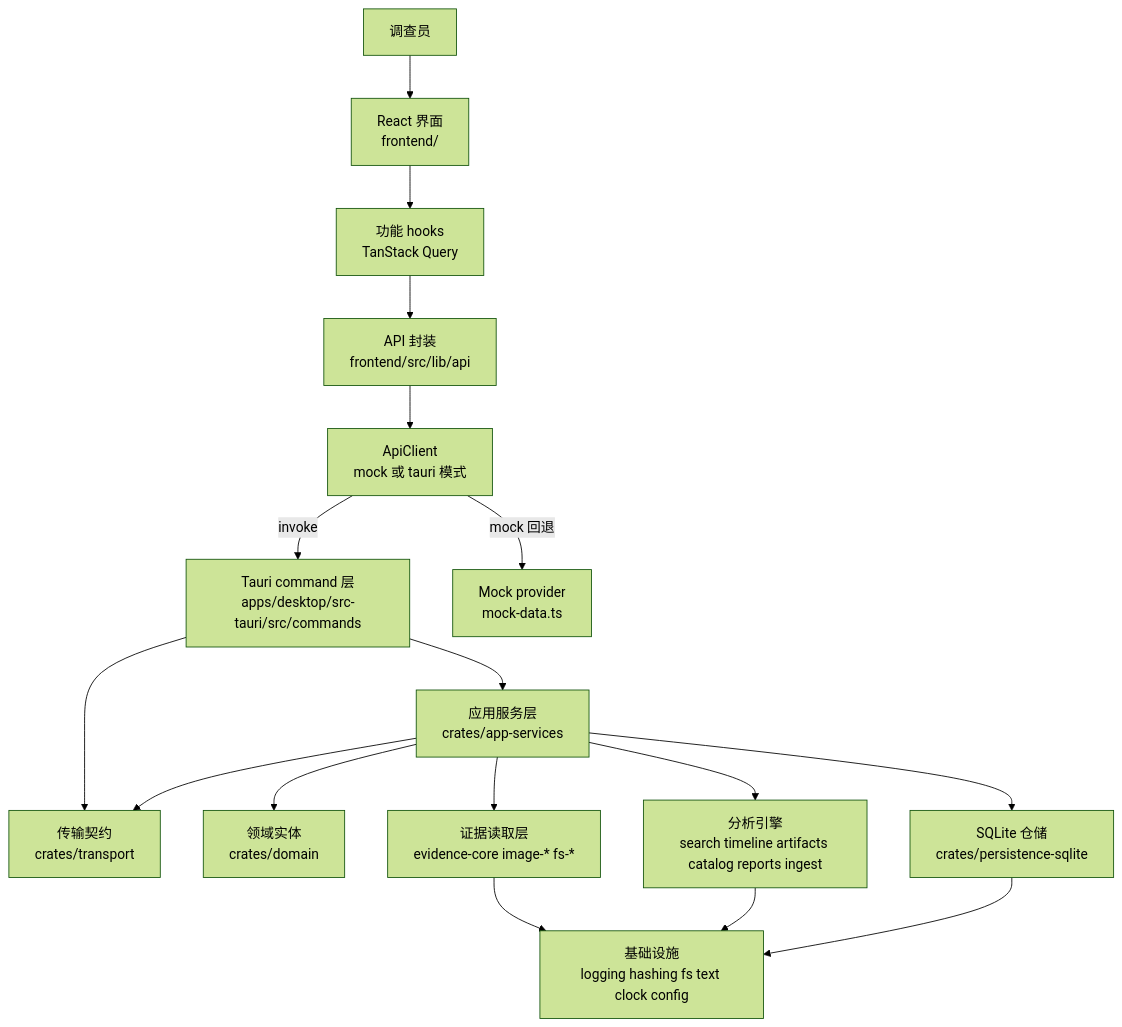
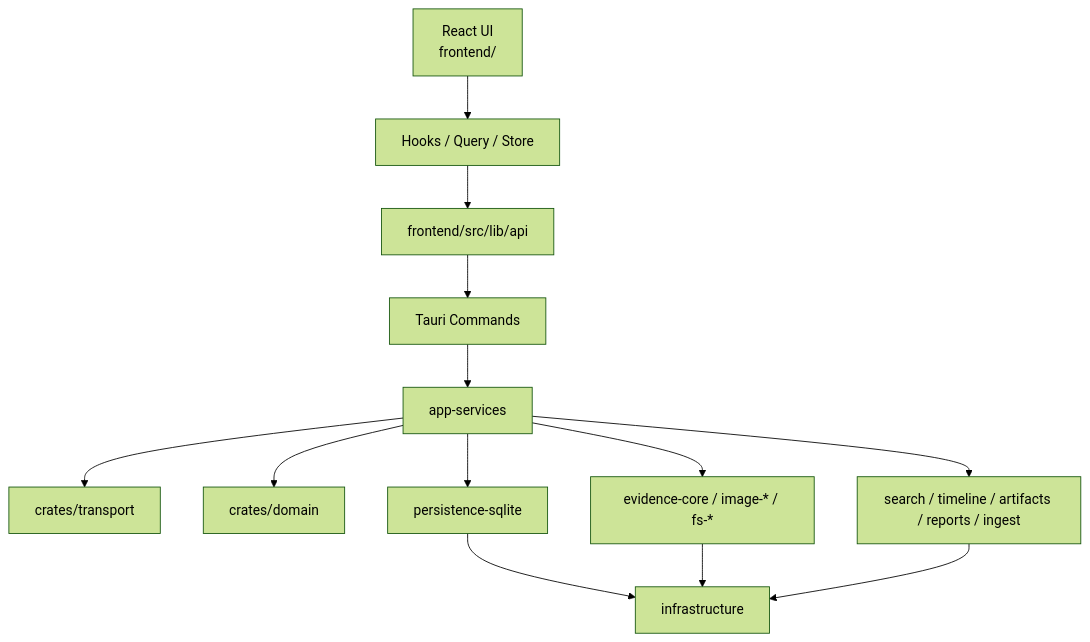
The first of 14 diagrams in docs/model-architecture-algorithm-diagrams.md (lQ-A-Ql/meow-detective), drawn with Mermaid (forest theme) before and after one commit. The commit also changed other lines of this file and 46 other files, not shown here.

````diff
--- a/docs/model-architecture-algorithm-diagrams.md
+++ b/docs/model-architecture-algorithm-diagrams.md
@@ -7,33 +7,25 @@
 ```mermaid
 flowchart TB
-  Investigator["调查员"]
-  UI["React 界面<br/>frontend/"]
-  Hooks["功能 hooks<br/>TanStack Query"]
-  Api["API 封装<br/>frontend/src/lib/api"]
-  Client["ApiClient<br/>mock 或 tauri 模式"]
-  Commands["Tauri command 层<br/>apps/desktop/src-tauri/src/commands"]
-  Services["应用服务层<br/>crates/app-services"]
-  Transport["传输契约<br/>crates/transport"]
-  Domain["领域实体<br/>crates/domain"]
-  Persistence["SQLite 仓储<br/>crates/persistence-sqlite"]
-  Evidence["证据读取层<br/>evidence-core image-* fs-*"]
-  Analysis["分析引擎<br/>search timeline artifacts catalog reports ingest"]
-  Infra["基础设施<br/>logging hashing fs text clock config"]
+  UI["React UI<br/>frontend/"]
+  Hooks["Hooks / Query / Store"]
+  API["frontend/src/lib/api"]
+  Tauri["Tauri Commands"]
+  App["app-services"]
+  Transport["crates/transport"]
+  Domain["crates/domain"]
+  Persistence["persistence-sqlite"]
+  Evidence["evidence-core / image-* / fs-*"]
+  Analysis["search / timeline / artifacts / reports / ingest"]
+  Infra["infrastructure"]
 
-  Investigator --> UI
-  UI --> Hooks
-  Hooks --> Api
-  Api --> Client
-  Client -->|invoke| Commands
-  Client -->|mock 回退| Mock["Mock provider<br/>mock-data.ts"]
-  Commands --> Services
-  Commands --> Transport
-  Services --> Transport
-  Services --> Domain
-  Services --> Persistence
-  Services --> Evidence
-  Services --> Analysis
+  UI --> Hooks --> API --> Tauri
+  Tauri --> App
+  App --> Transport
+  App --> Domain
+  App --> Persistence
+  App --> Evidence
+  App --> Analysis
+  Persistence --> Infra
   Evidence --> Infra
   Analysis --> Infra
-  Persistence --> Infra
 ```
````
